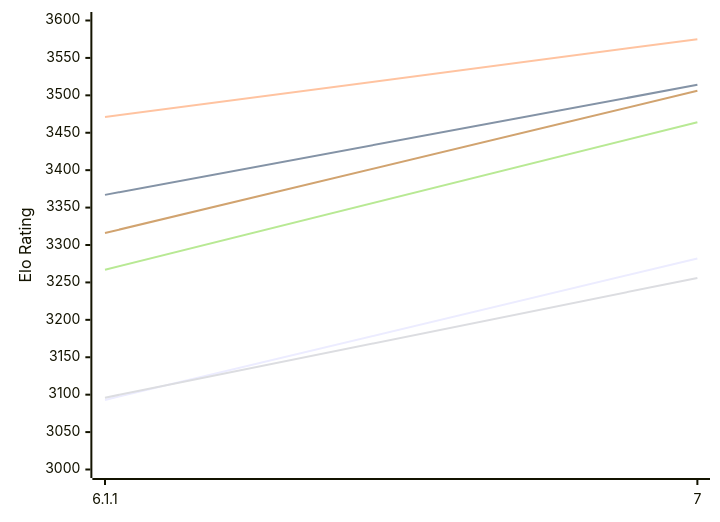
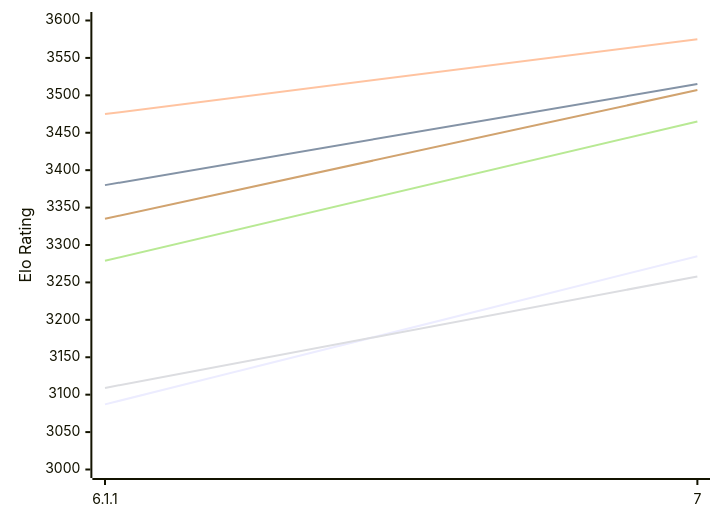
Before and after one commit to computer-chess-index/cci: the first of 2 diagrams in engines/Zangdar.md, drawn with Mermaid. The commit also changed other lines of this file, not shown here.

Commit message:
Update CCI Ratings (ELO VLTC) - 2026-11-17

````diff
--- a/engines/Zangdar.md
+++ b/engines/Zangdar.md
@@ -53,12 +53,12 @@
 ```mermaid
 %%{init: {"theme":"base","themeVariables":{"seriesColors:['#a3a3a3','#222221','#faa371']}}}%%
 xychart-beta
   x-axis ["6.1.1", "7"]
   y-axis "Elo Rating" 3000 --> 3600
-  line "E1: STC (8.0+0.08s)" [3093, 3282]
-  line "E1: LTC (60.0+0.60s)" [3367, 3514]
-  line "E1: VLTC (2m24s+1.12s)" [3471, 3575]
-  line "P1: STC (8.0+0.08s)" [3096, 3256]
-  line "P1: LTC (60.0+0.60s)" [3267, 3464]
-  line "P1: VLTC (2m24s+1.12s)" [3316, 3506]
+  line "E1: STC (8.0+0.08s)" [3087, 3285]
+  line "E1: LTC (60.0+0.60s)" [3380, 3515]
+  line "E1: VLTC (2m24s+1.12s)" [3475, 3575]
+  line "P1: STC (8.0+0.08s)" [3109, 3258]
+  line "P1: LTC (60.0+0.60s)" [3279, 3465]
+  line "P1: VLTC (2m24s+1.12s)" [3335, 3507]
 ```
````
